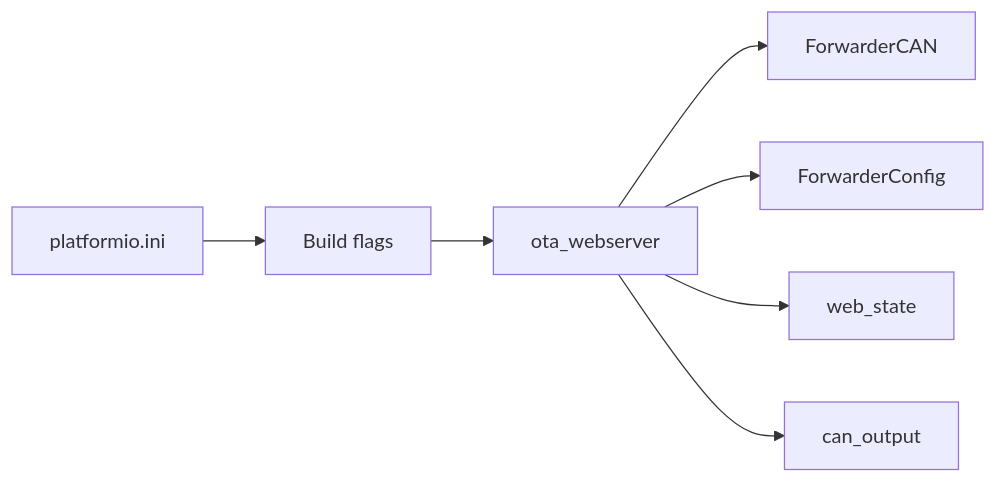
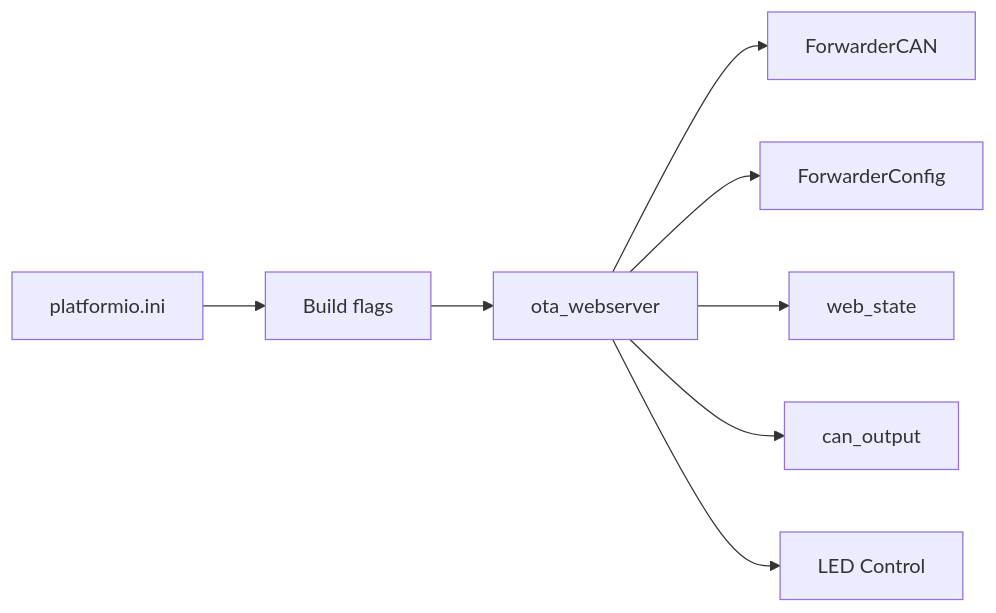
One commit to gunicsba/ESP_CAN_ECU_joystick_collection changed the seventh of 7 diagrams in .qoder/repowiki/en/content/Configuration Management/Web Interface Integration.md. Above: the diagram before and after it, drawn with Mermaid. The commit also changed other lines of this file and 15 other files, not shown here.

````diff
--- a/.qoder/repowiki/en/content/Configuration Management/Web Interface Integration.md
+++ b/.qoder/repowiki/en/content/Configuration Management/Web Interface Integration.md
@@ -328,9 +423,10 @@
 ```mermaid
 graph LR
 PIO["platformio.ini"] --> Flags["Build flags"]
 Flags --> WS["ota_webserver"]
 WS --> CAN["ForwarderCAN"]
 WS --> CFG["ForwarderConfig"]
 WS --> WS_STATE["web_state"]
 WS --> CO["can_output"]
+WS --> LED["LED Control"]
 ```
````
